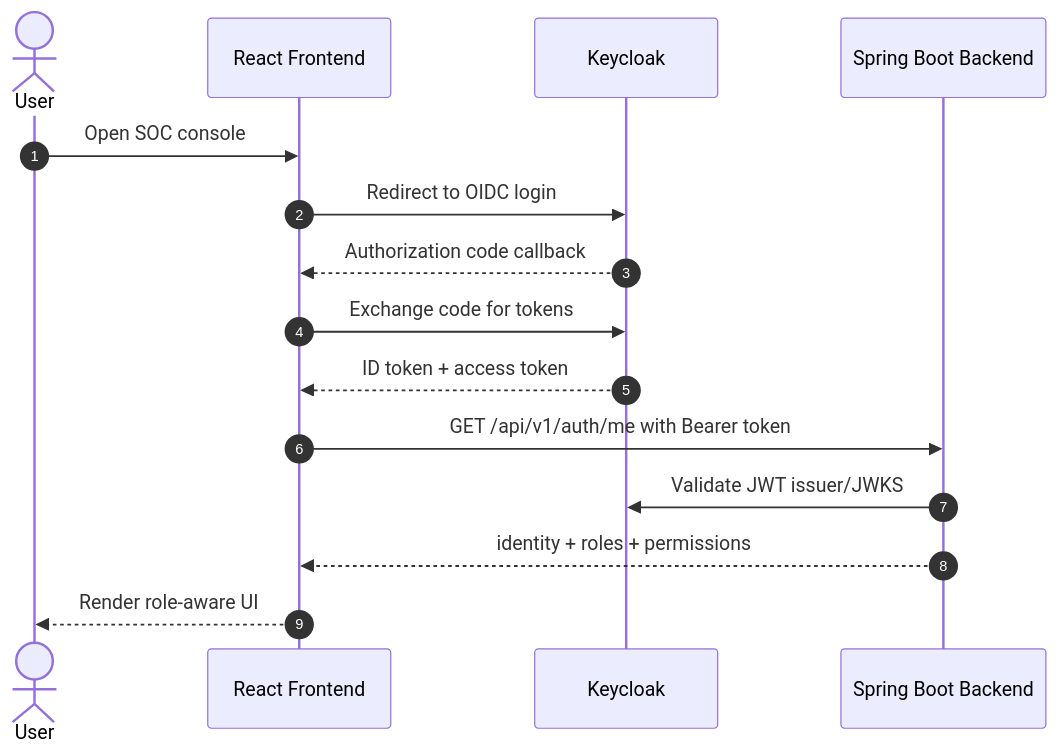
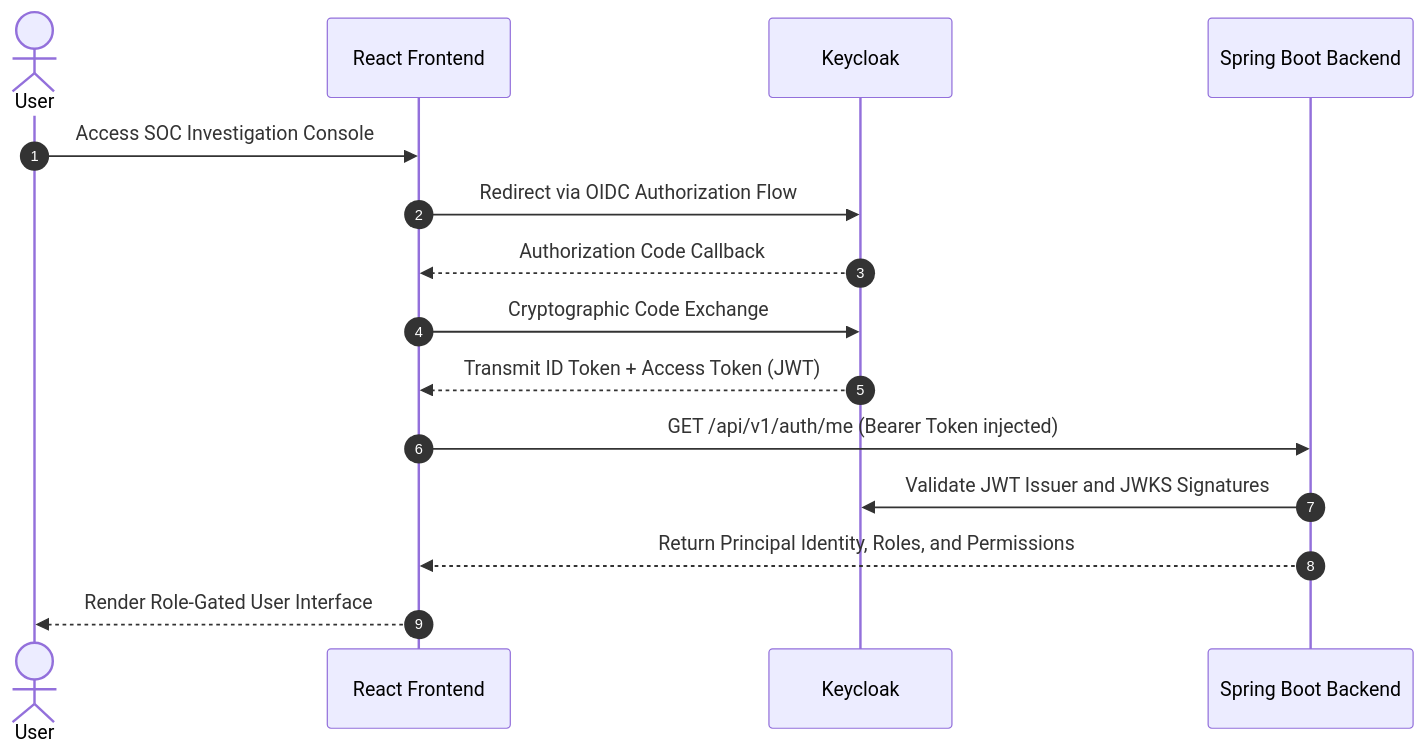
The first of 9 diagrams in docs/sequence-flow.md (PhamVanMinhBinhThuan/soc-ai-search), drawn with Mermaid before and after one commit. The commit also changed other lines of this file and 7 other files, not shown here.

````diff
--- a/docs/sequence-flow.md
+++ b/docs/sequence-flow.md
@@ -20,18 +38,18 @@
 ```mermaid
 sequenceDiagram
     autonumber
     actor User as User
     participant FE as React Frontend
     participant KC as Keycloak
     participant BE as Spring Boot Backend
 
-    User->>FE: Open SOC console
-    FE->>KC: Redirect to OIDC login
-    KC-->>FE: Authorization code callback
-    FE->>KC: Exchange code for tokens
-    KC-->>FE: ID token + access token
-    FE->>BE: GET /api/v1/auth/me with Bearer token
-    BE->>KC: Validate JWT issuer/JWKS
-    BE-->>FE: identity + roles + permissions
-    FE-->>User: Render role-aware UI
+    User->>FE: Access SOC Investigation Console
+    FE->>KC: Redirect via OIDC Authorization Flow
+    KC-->>FE: Authorization Code Callback
+    FE->>KC: Cryptographic Code Exchange
+    KC-->>FE: Transmit ID Token + Access Token (JWT)
+    FE->>BE: GET /api/v1/auth/me (Bearer Token injected)
+    BE->>KC: Validate JWT Issuer and JWKS Signatures
+    BE-->>FE: Return Principal Identity, Roles, and Permissions
+    FE-->>User: Render Role-Gated User Interface
 ```
````
